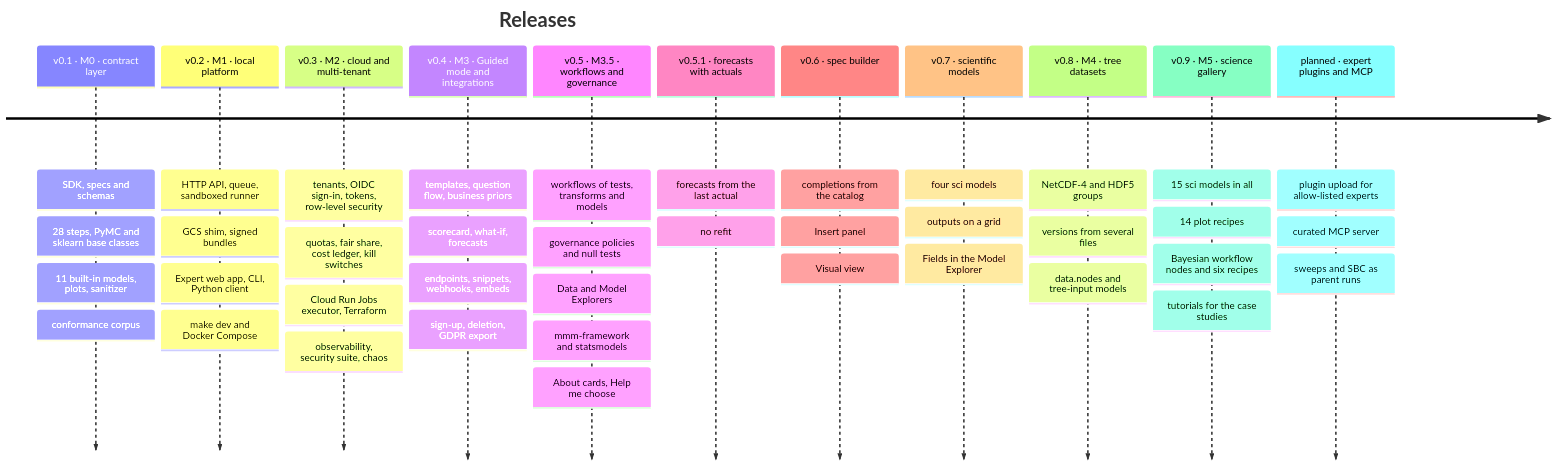
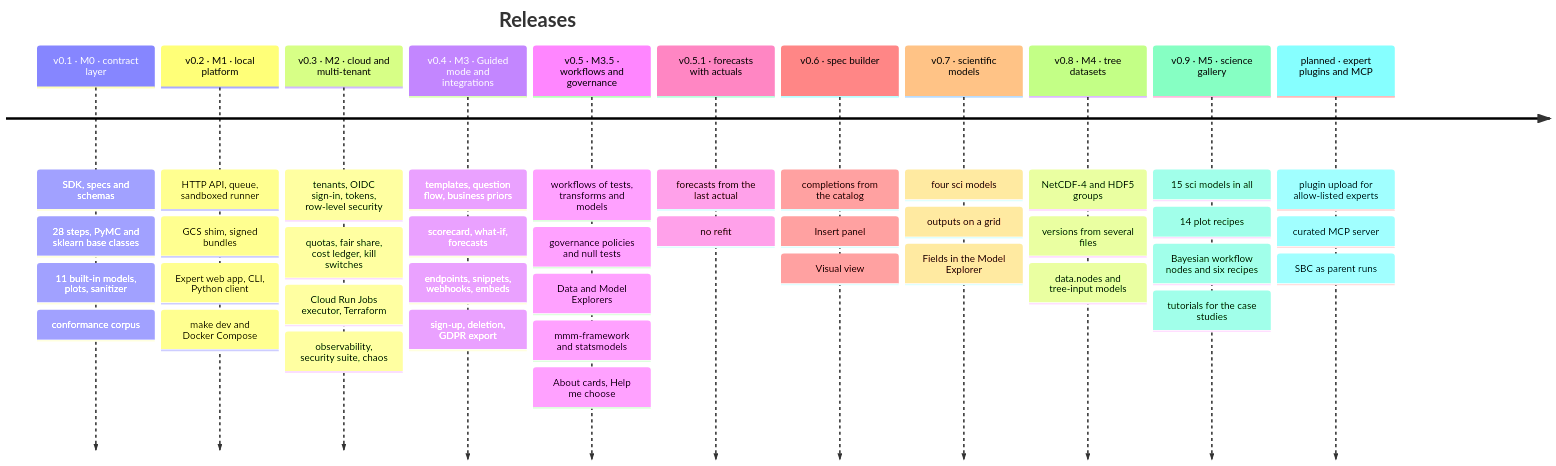
The diagram in docs/roadmap/index.md (redam94/modeling-api), drawn with Mermaid before and after one commit. The commit also changed other lines of this file and 271 other files, not shown here.

````diff
--- a/docs/roadmap/index.md
+++ b/docs/roadmap/index.md
@@ -13,15 +13,15 @@
 ```mermaid
 timeline
     title Releases
     v0.1 · M0 · contract layer : SDK, specs and schemas : 28 steps, PyMC and sklearn base classes : 11 built-in models, plots, sanitizer : conformance corpus
     v0.2 · M1 · local platform : HTTP API, queue, sandboxed runner : GCS shim, signed bundles : Expert web app, CLI, Python client : make dev and Docker Compose
     v0.3 · M2 · cloud and multi-tenant : tenants, OIDC sign-in, tokens, row-level security : quotas, fair share, cost ledger, kill switches : Cloud Run Jobs executor, Terraform : observability, security suite, chaos
     v0.4 · M3 · Guided mode and integrations : templates, question flow, business priors : scorecard, what-if, forecasts : endpoints, snippets, webhooks, embeds : sign-up, deletion, GDPR export
     v0.5 · M3.5 · workflows and governance : workflows of tests, transforms and models : governance policies and null tests : Data and Model Explorers : mmm-framework and statsmodels : About cards, Help me choose
     v0.5.1 · forecasts with actuals : forecasts from the last actual : no refit
     v0.6 · spec builder : completions from the catalog : Insert panel : Visual view
     v0.7 · scientific models : four sci models : outputs on a grid : Fields in the Model Explorer
     v0.8 · M4 · tree datasets : NetCDF-4 and HDF5 groups : versions from several files : data.nodes and tree-input models
     v0.9 · M5 · science gallery : 15 sci models in all : 14 plot recipes : Bayesian workflow nodes and six recipes : tutorials for the case studies
-    planned · expert plugins and MCP : plugin upload for allow-listed experts : curated MCP server : sweeps and SBC as parent runs
+    planned · expert plugins and MCP : plugin upload for allow-listed experts : curated MCP server : SBC as parent runs
 ```
````
